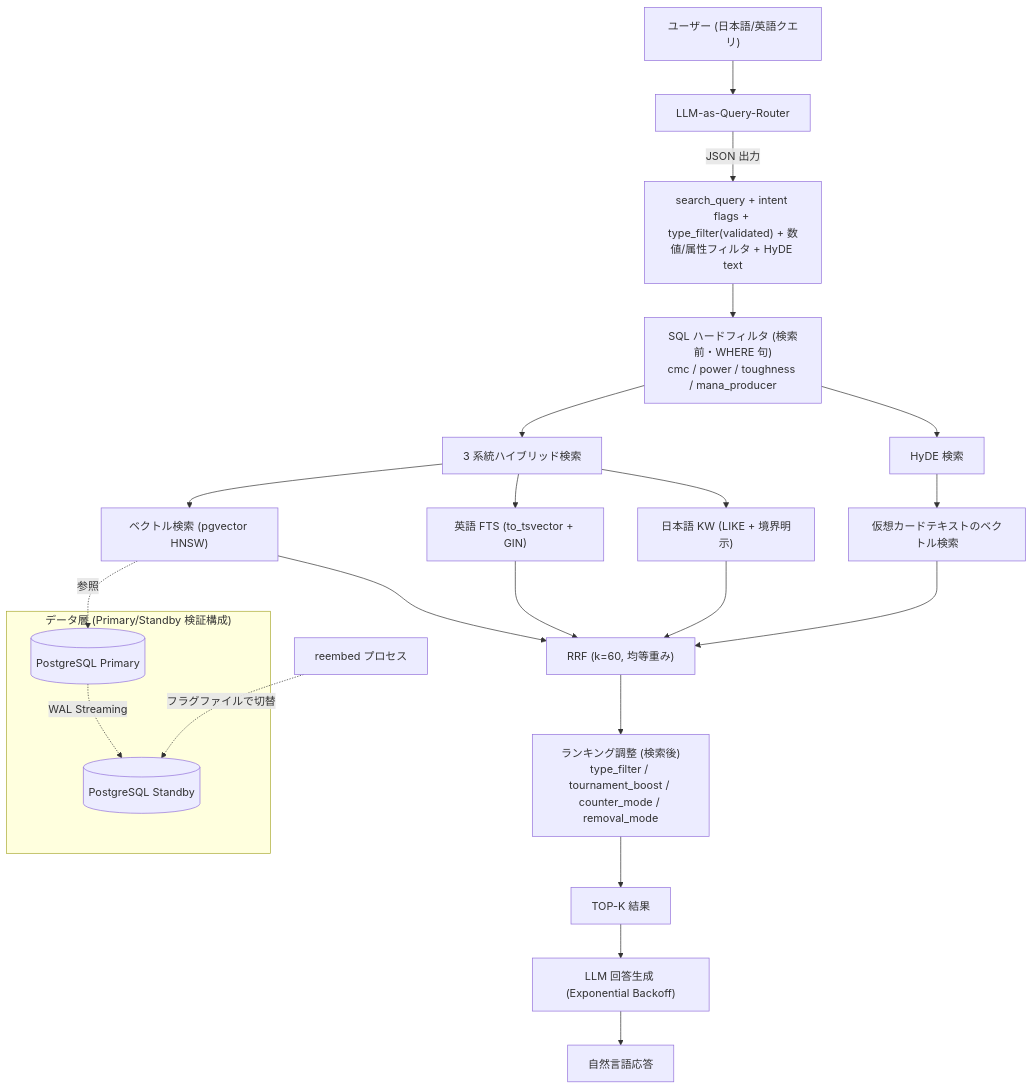
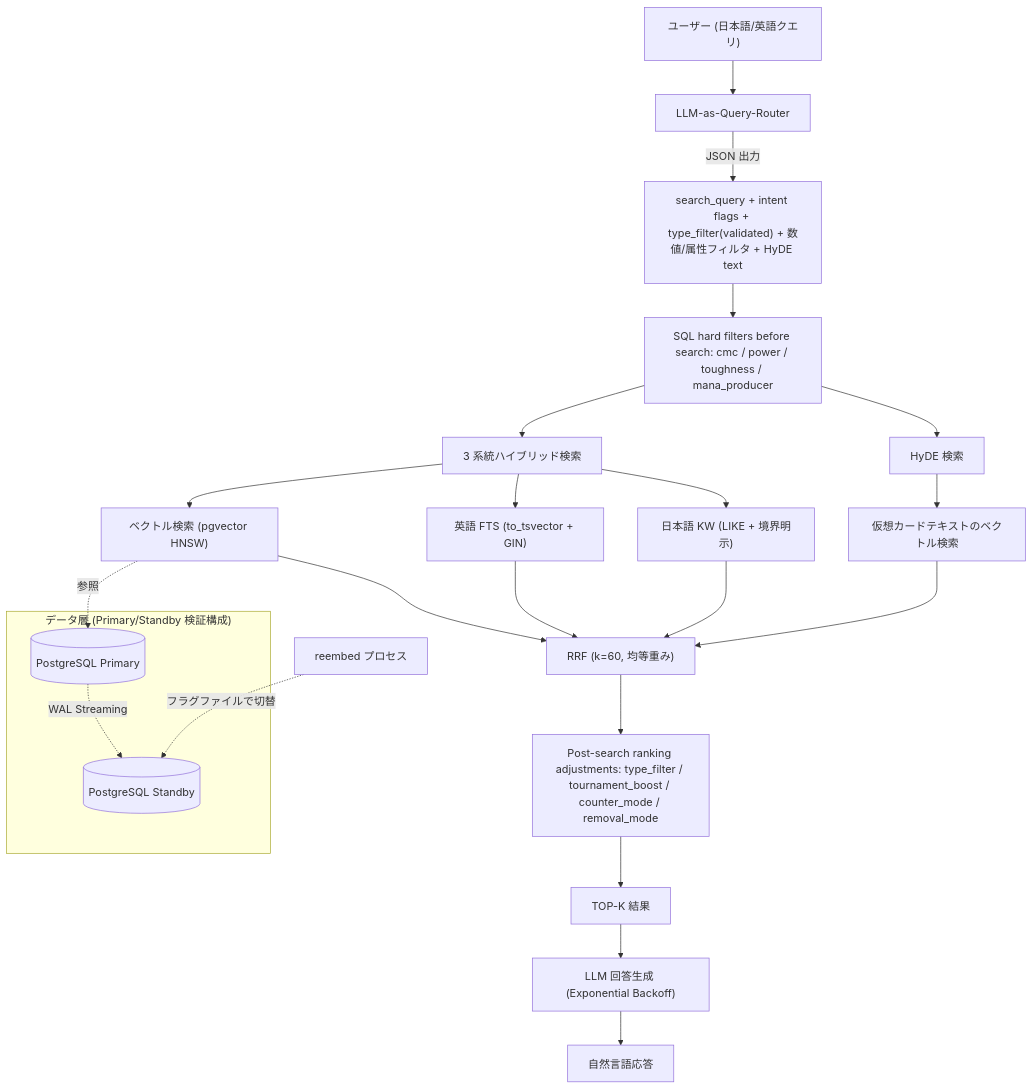
Before and after one commit to Sakaihashizo/mtg-rag: the first of 2 diagrams in README.md, drawn with Mermaid. The commit also changed other lines of this file, not shown here.

Commit message:
Update README: refine eval status, harden Mermaid diagrams, add face_cmcs/has_x and docker-compose notes

````diff
--- a/README.md
+++ b/README.md
@@ -46,28 +46,28 @@
 ```mermaid
 flowchart TB
     User["ユーザー (日本語/英語クエリ)"] --> Router["LLM-as-Query-Router"]
     Router -->|JSON 出力| Parsed["search_query + intent flags + type_filter(validated) + 数値/属性フィルタ + HyDE text"]
-    Parsed --> Hard["SQL ハードフィルタ (検索前・WHERE 句)<br/>cmc / power / toughness / mana_producer"]
+    Parsed --> Hard["SQL hard filters before search: cmc / power / toughness / mana_producer"]
     Hard --> Search3[3 系統ハイブリッド検索]
     Hard --> HyDESearch[HyDE 検索]
     Search3 --> Vector["ベクトル検索 (pgvector HNSW)"]
     Search3 --> FTSEN["英語 FTS (to_tsvector + GIN)"]
     Search3 --> FTSJA["日本語 KW (LIKE + 境界明示)"]
     HyDESearch --> VectorHyDE["仮想カードテキストのベクトル検索"]
     Vector --> RRF["RRF (k=60, 均等重み)"]
     FTSEN --> RRF
     FTSJA --> RRF
     VectorHyDE --> RRF
-    RRF --> Soft["ランキング調整 (検索後)<br/>type_filter / tournament_boost / counter_mode / removal_mode"]
+    RRF --> Soft["Post-search ranking adjustments: type_filter / tournament_boost / counter_mode / removal_mode"]
     Soft --> TopK[TOP-K 結果]
     TopK --> LLM["LLM 回答生成 (Exponential Backoff)"]
     LLM --> Response[自然言語応答]
 
     subgraph "データ層 (Primary/Standby 検証構成)"
         Primary[("PostgreSQL Primary")]
         Standby[("PostgreSQL Standby")]
         Primary -. WAL Streaming .-> Standby
     end
     Vector -. 参照 .-> Primary
     Reembed[reembed プロセス] -. フラグファイルで切替 .-> Standby
 ```
````
